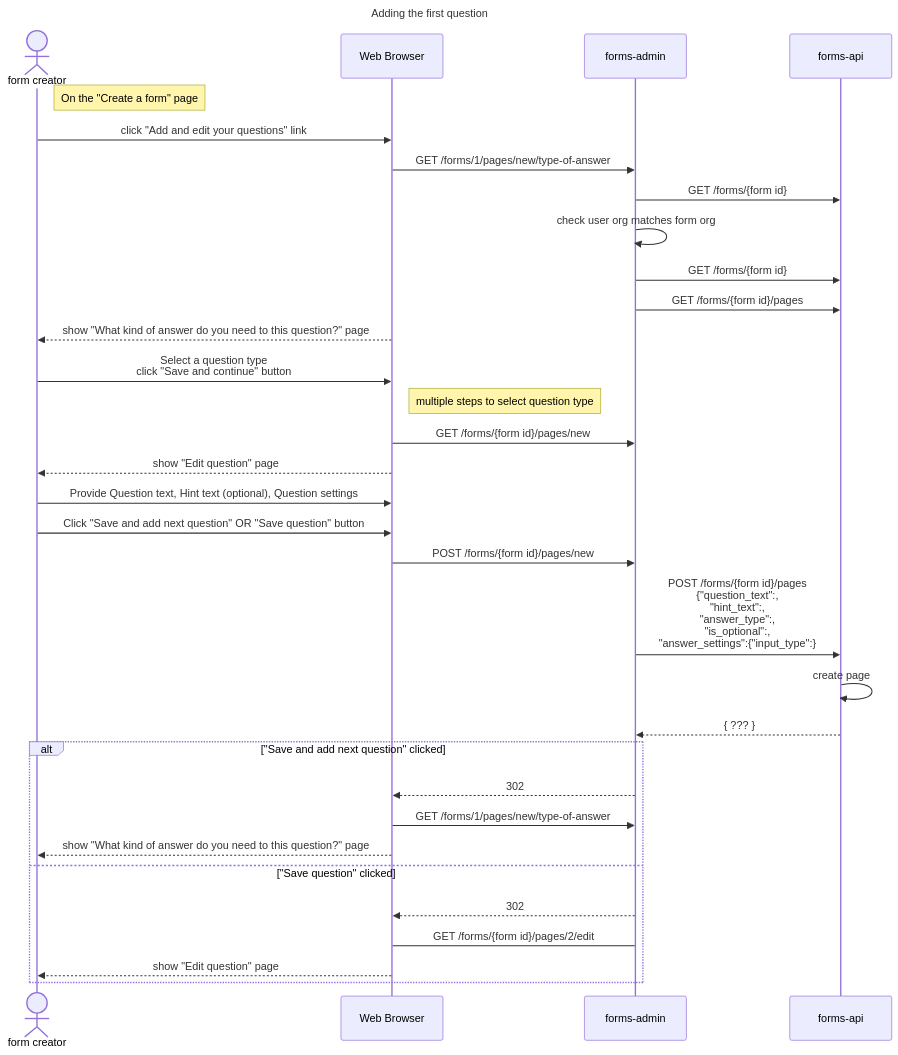
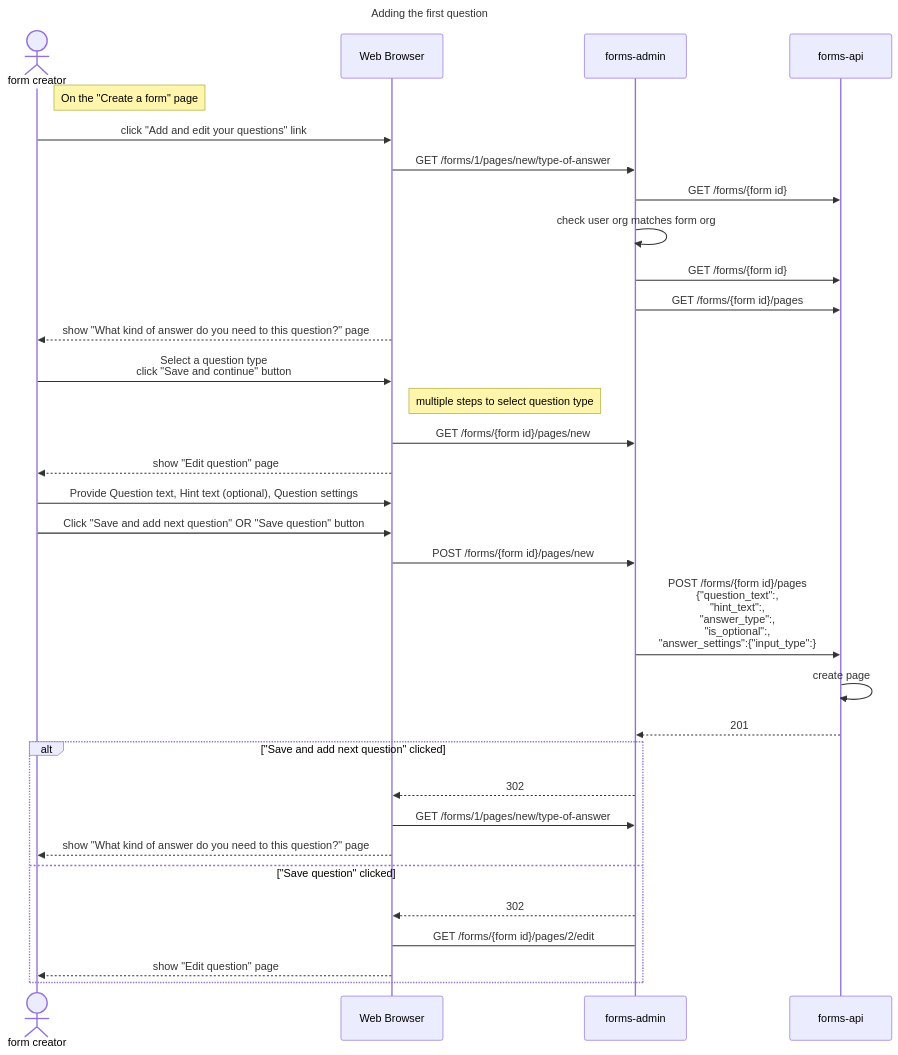
Before and after one commit to alphagov/forms: the second of 5 diagrams in diagrams/sequence-diagrams/creating-a-form.md, drawn with Mermaid.

Commit message:
API responds with 201 Created

````diff
--- a/diagrams/sequence-diagrams/creating-a-form.md
+++ b/diagrams/sequence-diagrams/creating-a-form.md
@@ -34,46 +34,46 @@
 ```mermaid
 sequenceDiagram
   title Adding the first question
   actor user as form creator
   participant browser as Web Browser
   participant admin as forms-admin
   link admin: GitHub repo @ https://github.com/alphagov/forms-admin
   participant api as forms-api
   link api: GitHub repo @ https://github.com/alphagov/forms-api
 
   note right of user: On the "Create a form" page
 
   user->>browser: click "Add and edit your questions" link
   browser->>admin: GET /forms/1/pages/new/type-of-answer
   admin->>api: GET /forms/{form id}
   admin->>admin: check user org matches form org
   admin->>api: GET /forms/{form id}
   admin->>api: GET /forms/{form id}/pages
 
   browser-->>user: show "What kind of answer do you need to this question?" page
 
   user->>browser: Select a question type<br />click "Save and continue" button
 
   note right of browser: multiple steps to select question type
 
   browser->>admin: GET /forms/{form id}/pages/new
   browser-->>user: show "Edit question" page
 
 
   user->>browser: Provide Question text, Hint text (optional), Question settings
   user->>browser: Click "Save and add next question" OR "Save question" button
   browser->>admin: POST /forms/{form id}/pages/new
   admin->>api: POST /forms/{form id}/pages<br />{"question_text":,<br />"hint_text":,<br />"answer_type":,<br />"is_optional":,<br />"answer_settings":{"input_type":}
   api->>api: create page
-  api-->>admin: { ??? }
+  api-->>admin: 201
 
   alt "Save and add next question" clicked
     admin-->>browser: 302
     browser->>admin: GET /forms/1/pages/new/type-of-answer
     browser-->>user: show "What kind of answer do you need to this question?" page 
   else "Save question" clicked
     admin-->>browser: 302
     browser->admin: GET /forms/{form id}/pages/2/edit
     browser-->>user: show "Edit question" page
   end
 ```
````
